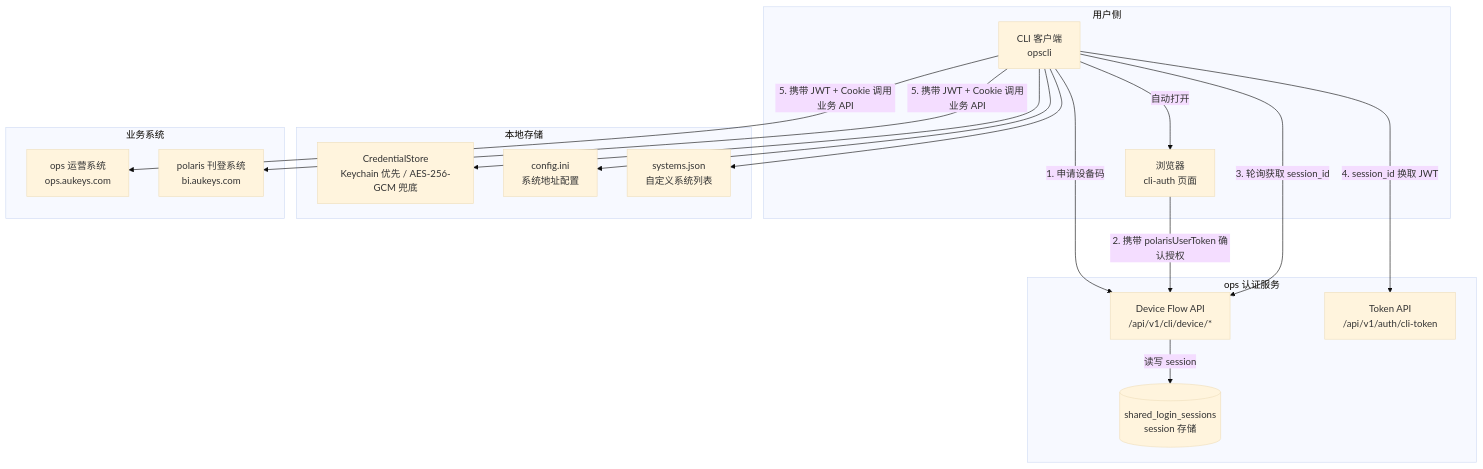
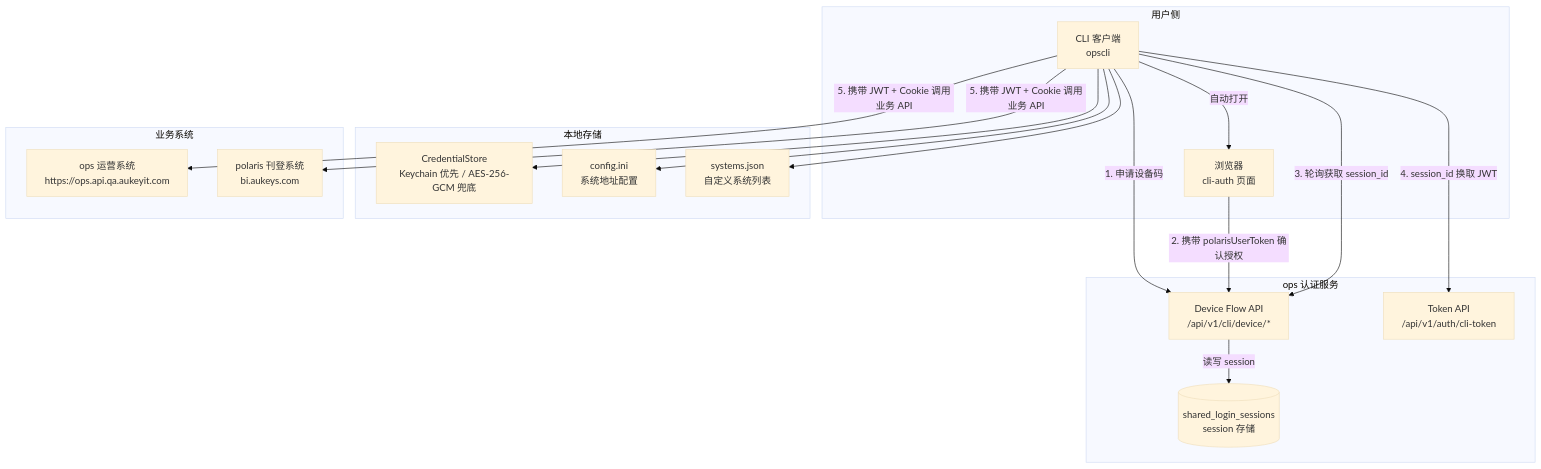
Before and after one commit to pengjianchao250/open-opscli: the first of 7 diagrams in README.md, drawn with Mermaid (base theme). The commit also changed other lines of this file and 15 other files, not shown here.

````diff
--- a/README.md
+++ b/README.md
@@ -49,36 +49,36 @@
 ```mermaid
 graph TB
     subgraph 用户侧
         CLI["CLI 客户端<br/>opscli"]
         Browser["浏览器<br/>cli-auth 页面"]
     end
 
     subgraph 本地存储
         Store["CredentialStore<br/>Keychain 优先 / AES-256-GCM 兜底"]
         Config["config.ini<br/>系统地址配置"]
         Registry["systems.json<br/>自定义系统列表"]
     end
 
     subgraph ops 认证服务
         DeviceAPI["Device Flow API<br/>/api/v1/cli/device/*"]
         TokenAPI["Token API<br/>/api/v1/auth/cli-token"]
         SessionDB[("shared_login_sessions<br/>session 存储")]
     end
 
     subgraph 业务系统
-        OpsAPI["ops 运营系统<br/>ops.aukeys.com"]
+        OpsAPI["ops 运营系统<br/>https://ops.api.qa.aukeyit.com"]
         PolarisAPI["polaris 刊登系统<br/>bi.aukeys.com"]
     end
 
     CLI -->|"1. 申请设备码"| DeviceAPI
     CLI -->|"自动打开"| Browser
     Browser -->|"2. 携带 polarisUserToken 确认授权"| DeviceAPI
     DeviceAPI -->|"读写 session"| SessionDB
     CLI -->|"3. 轮询获取 session_id"| DeviceAPI
     CLI -->|"4. session_id 换取 JWT"| TokenAPI
     CLI -->|"5. 携带 JWT + Cookie 调用业务 API"| OpsAPI
     CLI -->|"5. 携带 JWT + Cookie 调用业务 API"| PolarisAPI
     CLI --> Store
     CLI --> Config
     CLI --> Registry
 ```
````
